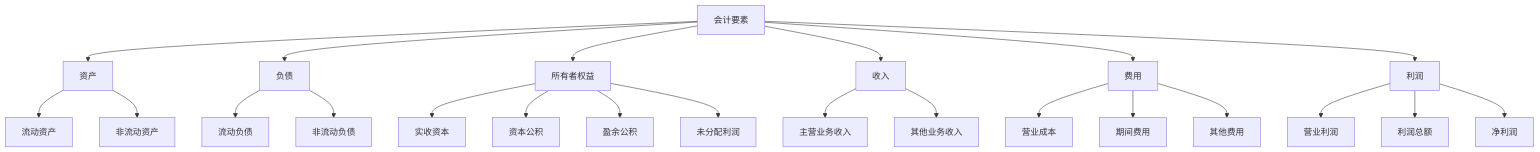
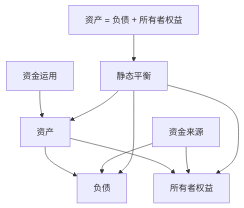
The first of 10 diagrams in 会计学/01-基础认知层/会计要素与等式/03-要素关系图解.md (Anping2017/obsidian), drawn with Mermaid before and after one commit. The commit also changed other lines of this file and 22 other files, not shown here.

````diff
--- a/会计学/01-基础认知层/会计要素与等式/03-要素关系图解.md
+++ b/会计学/01-基础认知层/会计要素与等式/03-要素关系图解.md
@@ -7,31 +28,16 @@
 ```mermaid
 graph TD
-    A[会计要素] --> B[资产]
-    A --> C[负债]
-    A --> D[所有者权益]
-    A --> E[收入]
-    A --> F[费用]
-    A --> G[利润]
+    A[资产] --> B[负债]
+    A --> C[所有者权益]
     
-    B --> H[流动资产]
-    B --> I[非流动资产]
+    D[资金来源] --> B
+    D --> C
     
-    C --> J[流动负债]
-    C --> K[非流动负债]
+    E[资金运用] --> A
     
-    D --> L[实收资本]
-    D --> M[资本公积]
-    D --> N[盈余公积]
-    D --> O[未分配利润]
+    F[静态平衡] --> A
+    F --> B
+    F --> C
     
-    E --> P[主营业务收入]
-    E --> Q[其他业务收入]
-    
-    F --> R[营业成本]
-    F --> S[期间费用]
-    F --> T[其他费用]
-    
-    G --> U[营业利润]
-    G --> V[利润总额]
-    G --> W[净利润]
+    G[资产 = 负债 + 所有者权益] --> F
 ```
````
